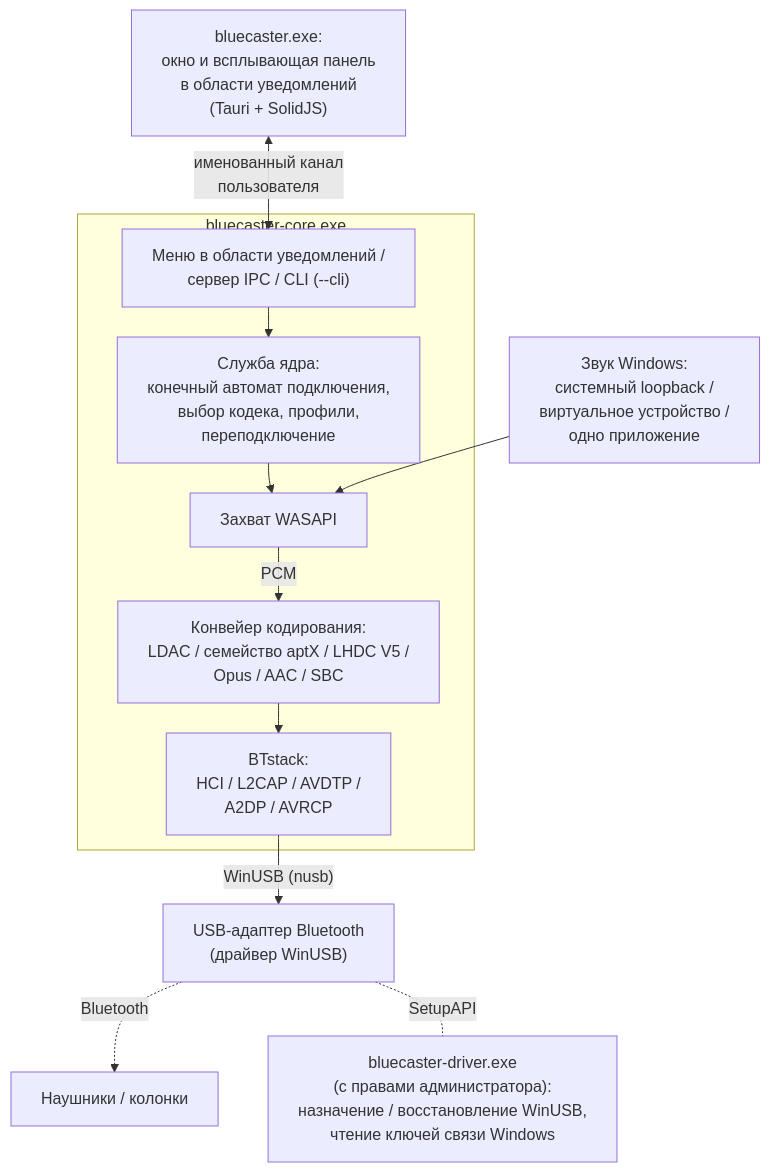
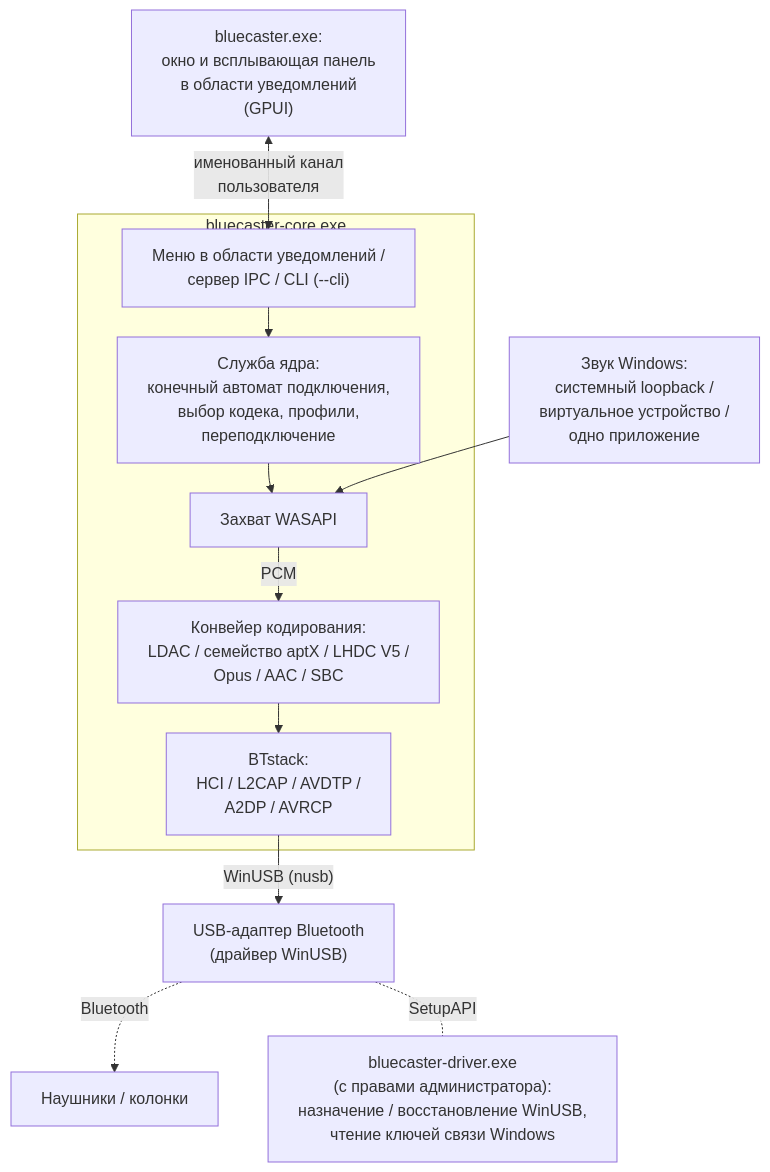
One commit to RxMaxx/A2DP-Windows-Bridge changed the first of 5 diagrams in docs/ru/architecture.md. Above: the diagram before and after it, drawn with Mermaid. The commit also changed other lines of this file and 517 other files, not shown here.

First line of the commit message:
Replace the Tauri window with the GPUI one

````diff
--- a/docs/ru/architecture.md
+++ b/docs/ru/architecture.md
@@ -43,22 +43,22 @@
 ```mermaid
 ---
 config:
   flowchart:
     wrappingWidth: 480
     rankSpacing: 30
 ---
 flowchart TB
-    ui["bluecaster.exe:<br>окно и всплывающая панель<br>в области уведомлений<br>(Tauri + SolidJS)"]
+    ui["bluecaster.exe:<br>окно и всплывающая панель<br>в области уведомлений<br>(GPUI)"]
     src["Звук Windows:<br>системный loopback /<br>виртуальное устройство /<br>одно приложение"]
     subgraph core["bluecaster-core.exe"]
         ctl["Меню в области уведомлений /<br>сервер IPC / CLI (--cli)"] --> svc["Служба ядра:<br>конечный автомат подключения,<br>выбор кодека, профили,<br>переподключение"]
         svc --> cap["Захват WASAPI"]
         cap -- PCM --> enc["Конвейер кодирования:<br>LDAC / семейство aptX / LHDC V5 /<br>Opus / AAC / SBC"]
         enc --> bt["BTstack:<br>HCI / L2CAP / AVDTP /<br>A2DP / AVRCP"]
     end
     ui <-->|"именованный канал<br>пользователя"| ctl
     src --> cap
     bt -->|"WinUSB (nusb)"| usb["USB-адаптер Bluetooth<br>(драйвер WinUSB)"]
     usb -. Bluetooth .-> hp["Наушники / колонки"]
     usb -.-|SetupAPI| drv["bluecaster-driver.exe<br>(с правами администратора):<br>назначение / восстановление WinUSB,<br>чтение ключей связи Windows"]
 ```
````
